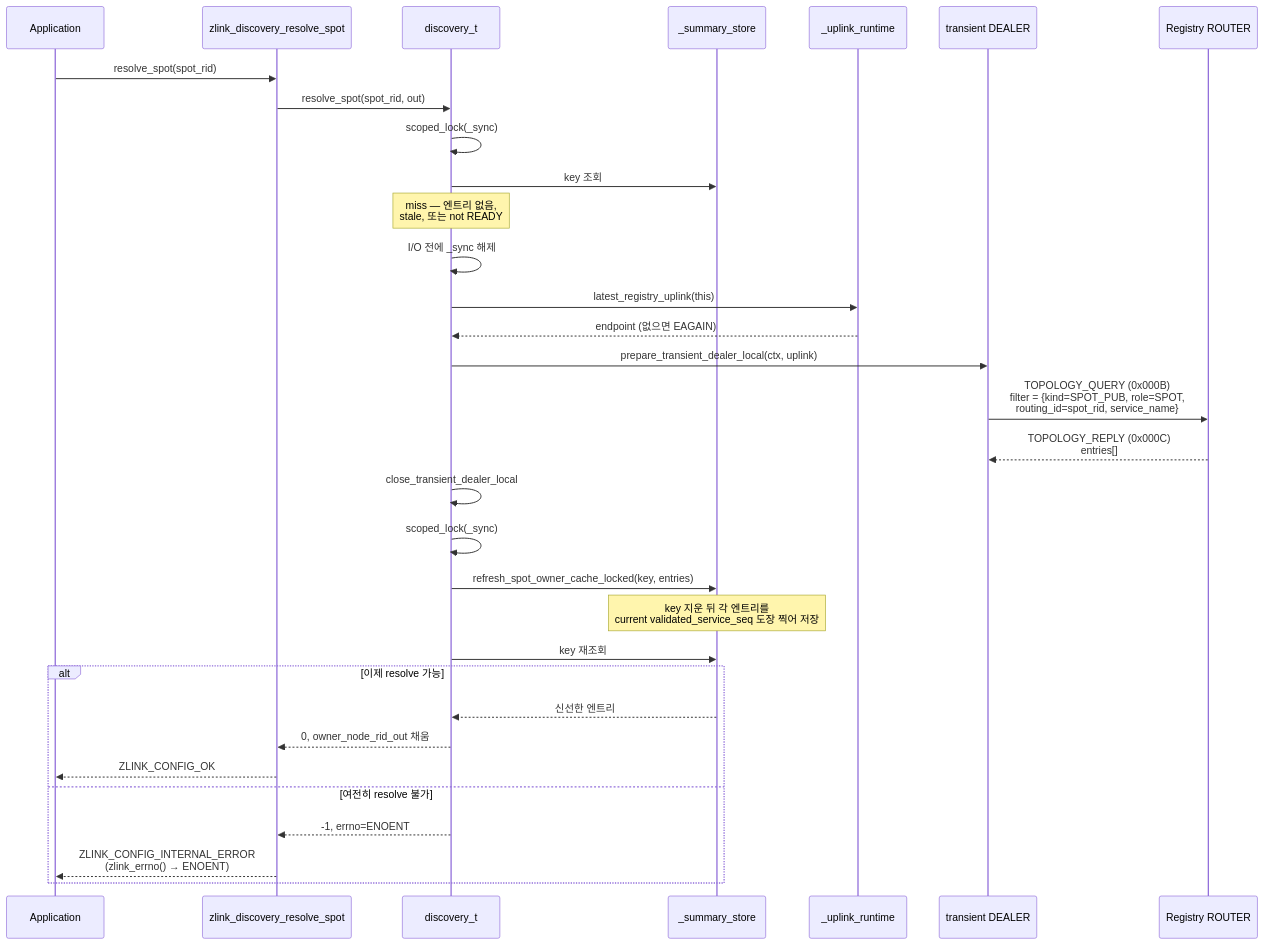
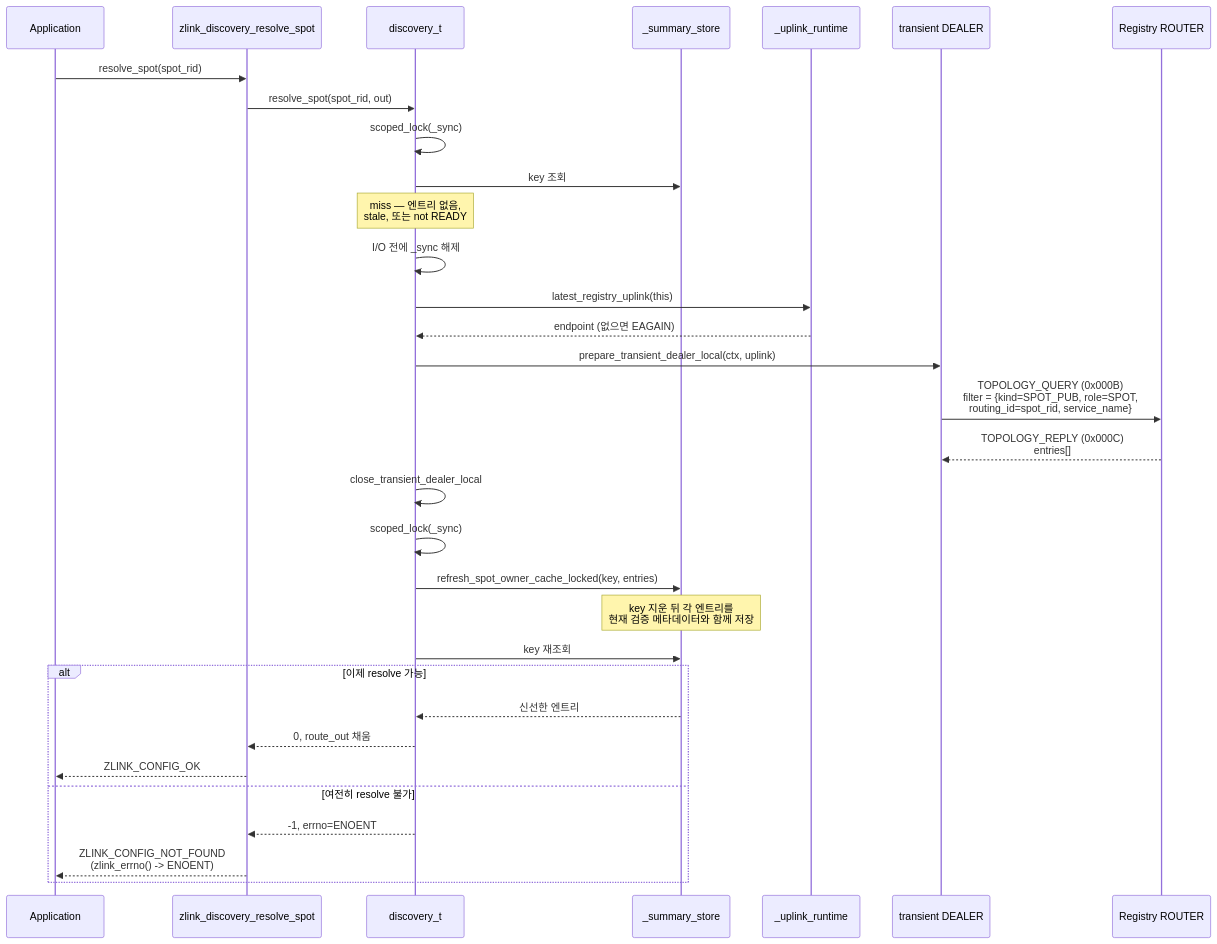
The tenth of 11 diagrams in doc/internals/discovery-internals.ko.md (kairos-code-dev/zlink), drawn with Mermaid before and after one commit. The commit also changed other lines of this file and 194 other files, not shown here.

````diff
--- a/doc/internals/discovery-internals.ko.md
+++ b/doc/internals/discovery-internals.ko.md
@@ -382,36 +382,36 @@
 ```mermaid
 sequenceDiagram
     participant App as Application
     participant API as zlink_discovery_resolve_spot
     participant Disc as discovery_t
     participant Store as _summary_store
     participant Uplink as _uplink_runtime
     participant Dealer as transient DEALER
     participant Reg as Registry ROUTER
 
     App->>API: resolve_spot(spot_rid)
     API->>Disc: resolve_spot(spot_rid, out)
     Disc->>Disc: scoped_lock(_sync)
     Disc->>Store: key 조회
     Note over Disc: miss — 엔트리 없음,<br/>stale, 또는 not READY
     Disc->>Disc: I/O 전에 _sync 해제
     Disc->>Uplink: latest_registry_uplink(this)
     Uplink-->>Disc: endpoint (없으면 EAGAIN)
     Disc->>Dealer: prepare_transient_dealer_local(ctx, uplink)
     Dealer->>Reg: TOPOLOGY_QUERY (0x000B)<br/>filter = {kind=SPOT_PUB, role=SPOT,<br/>routing_id=spot_rid, service_name}
     Reg-->>Dealer: TOPOLOGY_REPLY (0x000C)<br/>entries[]
     Disc->>Disc: close_transient_dealer_local
 
     Disc->>Disc: scoped_lock(_sync)
     Disc->>Store: refresh_spot_owner_cache_locked(key, entries)
-    Note over Store: key 지운 뒤 각 엔트리를<br/>current validated_service_seq 도장 찍어 저장
+    Note over Store: key 지운 뒤 각 엔트리를<br/>현재 검증 메타데이터와 함께 저장
     Disc->>Store: key 재조회
     alt 이제 resolve 가능
         Store-->>Disc: 신선한 엔트리
-        Disc-->>API: 0, owner_node_rid_out 채움
+        Disc-->>API: 0, route_out 채움
         API-->>App: ZLINK_CONFIG_OK
     else 여전히 resolve 불가
         Disc-->>API: -1, errno=ENOENT
-        API-->>App: ZLINK_CONFIG_INTERNAL_ERROR<br/>(zlink_errno() → ENOENT)
+        API-->>App: ZLINK_CONFIG_NOT_FOUND<br/>(zlink_errno() -> ENOENT)
     end
 ```
````
